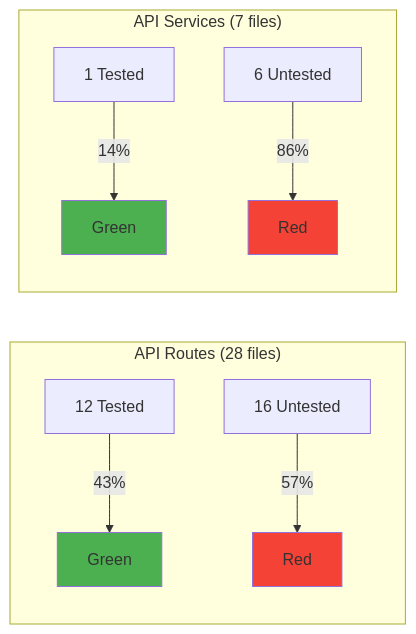
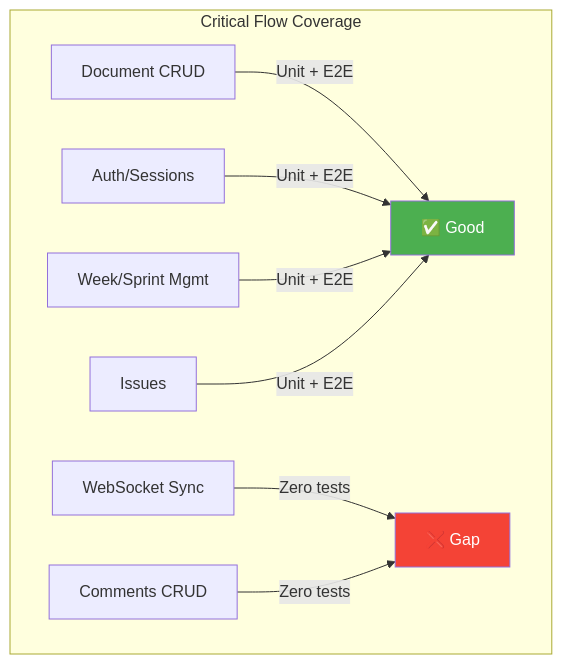
Before and after one commit to gjw/treasury-ship: the fourth of 4 diagrams in audit/test-coverage.md, drawn with Mermaid. The commit also changed other lines of this file and 3 other files, not shown here.

Commit message:
Add E2E results, web coverage config, critical flow mapping to test audit (treasury-ship-jqt)

````diff
--- a/audit/test-coverage.md
+++ b/audit/test-coverage.md
@@ -259,15 +297,13 @@
 ```mermaid
-graph LR
-    subgraph "API Routes (28 files)"
-        A[12 Tested] --> |"43%"| B[Green]
-        C[16 Untested] --> |"57%"| D[Red]
+graph TD
+    subgraph "Critical Flow Coverage"
+        A[Document CRUD] -->|"Unit + E2E"| G[✅ Good]
+        B[Auth/Sessions] -->|"Unit + E2E"| G
+        C[Week/Sprint Mgmt] -->|"Unit + E2E"| G
+        D[Issues] -->|"Unit + E2E"| G
+        E[WebSocket Sync] -->|"Zero tests"| H[❌ Gap]
+        F[Comments CRUD] -->|"Zero tests"| H
     end
-    subgraph "API Services (7 files)"
-        E[1 Tested] --> |"14%"| F[Green]
-        G[6 Untested] --> |"86%"| H[Red]
-    end
-    style B fill:#4CAF50
-    style D fill:#f44336
-    style F fill:#4CAF50
-    style H fill:#f44336
+    style G fill:#4CAF50,color:#fff
+    style H fill:#f44336,color:#fff
 ```
````
